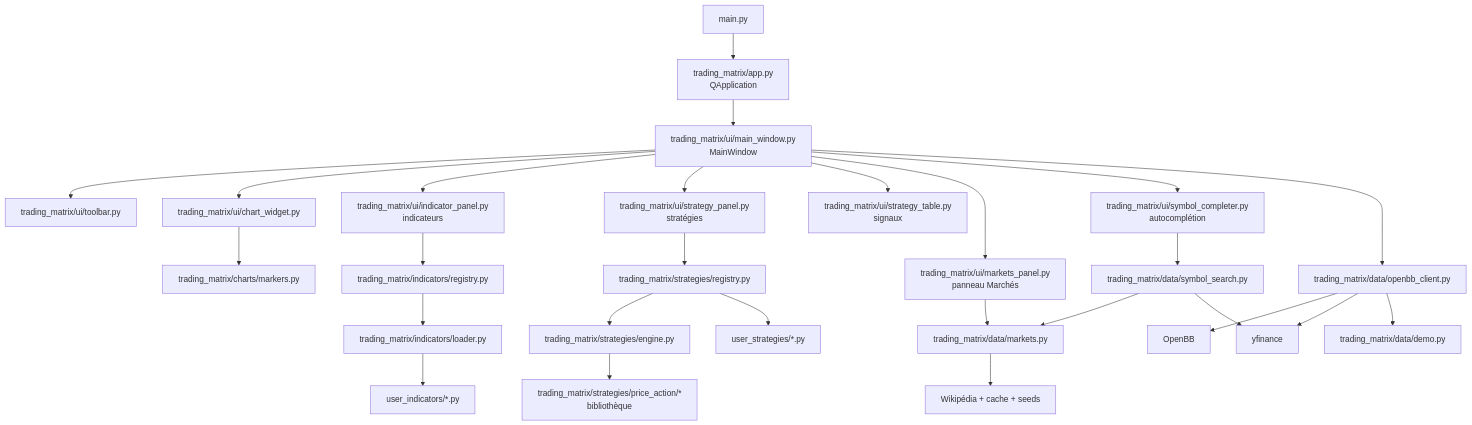
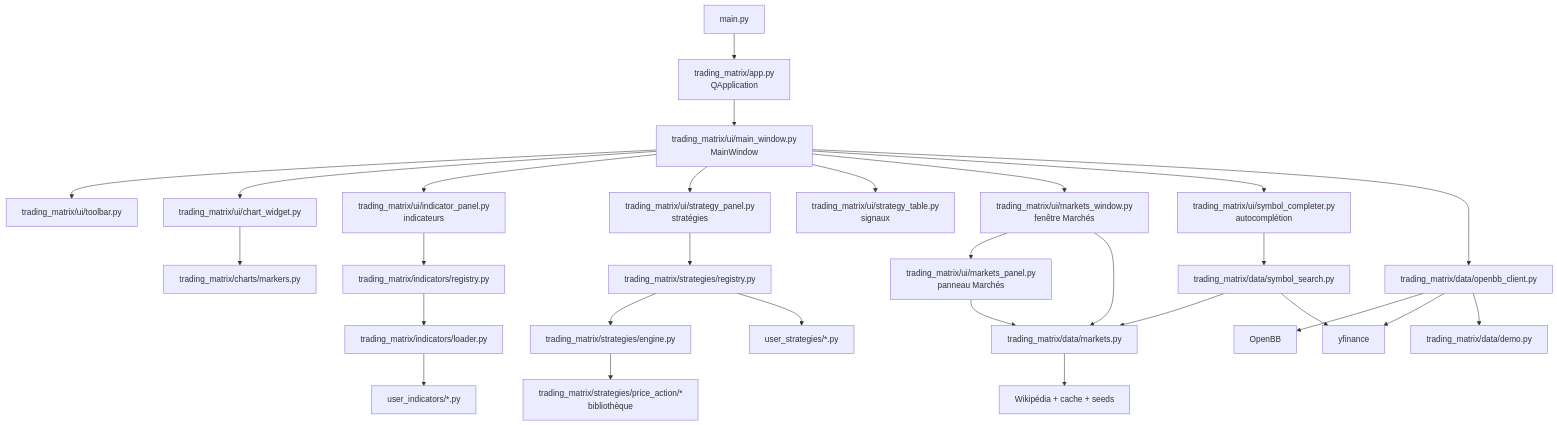
The diagram in doc/architecture.md (nazimboudeffa/trading-matrix), drawn with Mermaid before and after one commit. The commit also changed other lines of this file and 8 other files, not shown here.

First line of the commit message:
fenêtre Marchés dédiée et ajout des paires forex

````diff
--- a/doc/architecture.md
+++ b/doc/architecture.md
@@ -5,30 +5,32 @@
 ```mermaid
 graph TD
     A[main.py] --> B[trading_matrix/app.py<br/>QApplication]
     B --> C[trading_matrix/ui/main_window.py<br/>MainWindow]
     C --> D[trading_matrix/ui/toolbar.py]
     C --> E[trading_matrix/ui/chart_widget.py]
     C --> F[trading_matrix/ui/indicator_panel.py<br/>indicateurs]
     C --> H[trading_matrix/ui/strategy_panel.py<br/>stratégies]
     C --> I[trading_matrix/ui/strategy_table.py<br/>signaux]
-    C --> T[trading_matrix/ui/markets_panel.py<br/>panneau Marchés]
+    C --> T[trading_matrix/ui/markets_window.py<br/>fenêtre Marchés]
+    T --> MP[trading_matrix/ui/markets_panel.py<br/>panneau Marchés]
     C --> SC[trading_matrix/ui/symbol_completer.py<br/>autocomplétion]
 
     E --> J[trading_matrix/charts/markers.py]
     F --> K[trading_matrix/indicators/registry.py]
     K --> L[trading_matrix/indicators/loader.py]
     L --> IND[user_indicators/*.py]
     H --> M[trading_matrix/strategies/registry.py]
     M --> N[trading_matrix/strategies/engine.py]
     M --> STR[user_strategies/*.py]
     N --> O[trading_matrix/strategies/price_action/*<br/>bibliothèque]
     C --> P[trading_matrix/data/openbb_client.py]
     P --> Q[OpenBB]
     P --> R[yfinance]
     P --> S[trading_matrix/data/demo.py]
     T --> MK[trading_matrix/data/markets.py]
+    MP --> MK
     SC --> SS[trading_matrix/data/symbol_search.py]
     SS --> MK
     SS --> R
     MK --> X[Wikipédia + cache + seeds]
 ```
````
